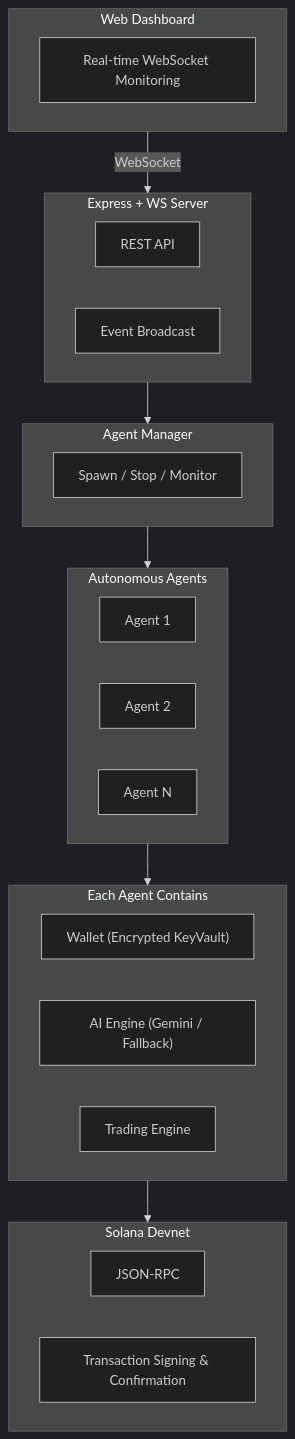
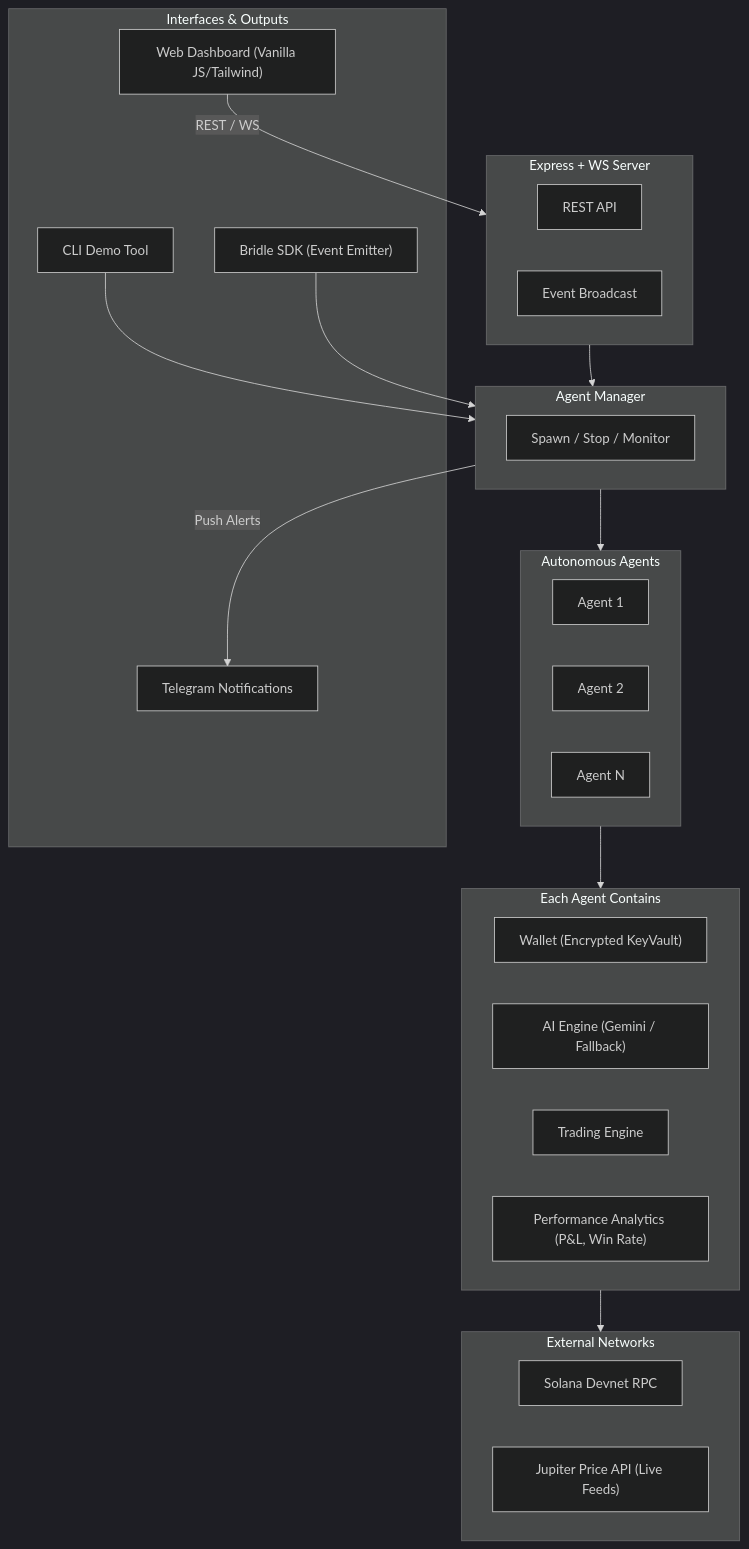
Before and after one commit to thetruesammyjay/bridle: the diagram in README.md, drawn with Mermaid (dark theme). The commit also changed other lines of this file and 4 other files, not shown here.

Commit message:
docs: update architecture diagrams and inject new dashboard screenshots

````diff
--- a/README.md
+++ b/README.md
@@ -30,38 +31,45 @@
 ```mermaid
 graph TB
-    subgraph Dashboard["Web Dashboard"]
-        UI["Real-time WebSocket Monitoring"]
+    subgraph Interfaces["Interfaces & Outputs"]
+        UI["Web Dashboard (Vanilla JS/Tailwind)"]
+        CLI["CLI Demo Tool"]
+        TG["Telegram Notifications"]
+        SDK["Bridle SDK (Event Emitter)"]
     end
 
     subgraph Server["Express + WS Server"]
         API["REST API"]
         WS["Event Broadcast"]
     end
 
     subgraph Manager["Agent Manager"]
         AM["Spawn / Stop / Monitor"]
     end
 
     subgraph Agents["Autonomous Agents"]
         A1["Agent 1"]
         A2["Agent 2"]
         AN["Agent N"]
     end
 
     subgraph AgentInternals["Each Agent Contains"]
         W["Wallet (Encrypted KeyVault)"]
         AI["AI Engine (Gemini / Fallback)"]
         TE["Trading Engine"]
+        ANLY["Performance Analytics (P&L, Win Rate)"]
     end
 
-    subgraph Blockchain["Solana Devnet"]
-        RPC["JSON-RPC"]
-        TX["Transaction Signing & Confirmation"]
+    subgraph Blockchain["External Networks"]
+        RPC["Solana Devnet RPC"]
+        JUP["Jupiter Price API (Live Feeds)"]
     end
 
-    Dashboard -->|WebSocket| Server
+    UI -->|REST / WS| Server
+    CLI --> Manager
+    SDK --> Manager
     Server --> Manager
     Manager --> Agents
+    Manager -->|Push Alerts| TG
     Agents --> AgentInternals
     AgentInternals --> Blockchain
 ```
````
